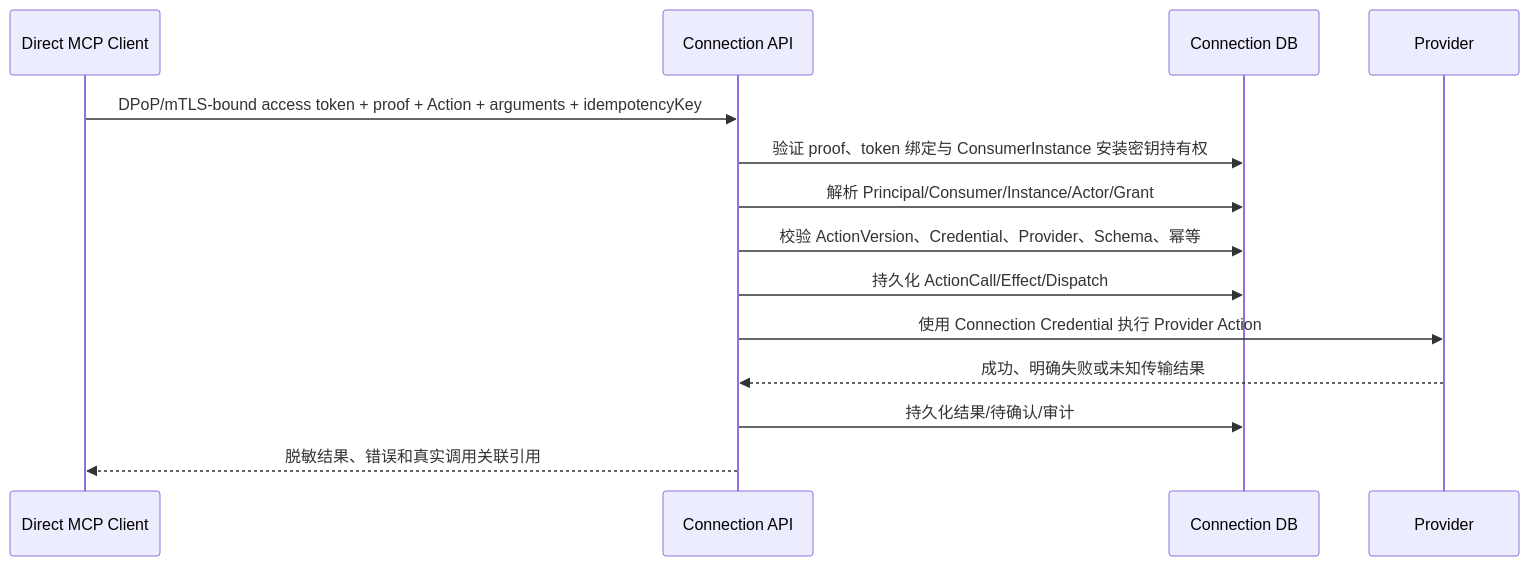
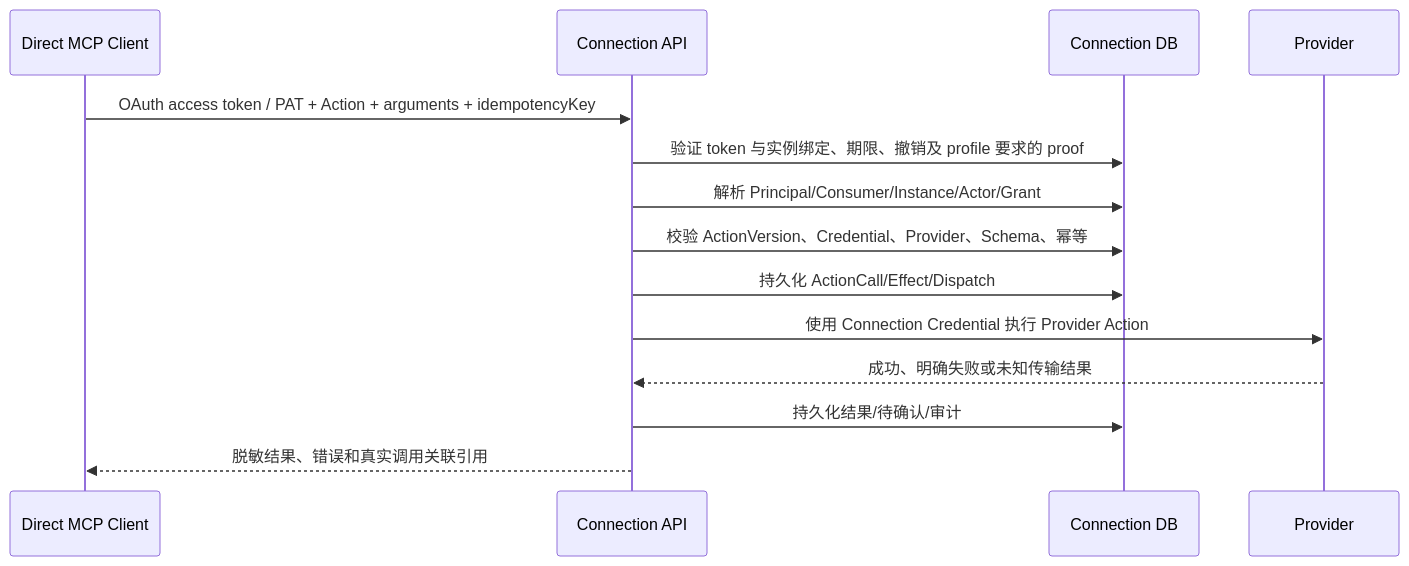
One commit to AgoraIO-Extensions/agent-infra changed the second of 2 diagrams in docs/architecture/HLD-connection-M1.md. Above: the diagram before and after it, drawn with Mermaid. The commit also changed other lines of this file and 5 other files, not shown here.

````diff
--- a/docs/architecture/HLD-connection-M1.md
+++ b/docs/architecture/HLD-connection-M1.md
@@ -89,17 +95,17 @@
 ```mermaid
 sequenceDiagram
     participant C as Direct MCP Client
     participant A as Connection API
     participant D as Connection DB
     participant P as Provider
 
-    C->>A: DPoP/mTLS-bound access token + proof + Action + arguments + idempotencyKey
-    A->>D: 验证 proof、token 绑定与 ConsumerInstance 安装密钥持有权
+    C->>A: OAuth access token / PAT + Action + arguments + idempotencyKey
+    A->>D: 验证 token 与实例绑定、期限、撤销及 profile 要求的 proof
     A->>D: 解析 Principal/Consumer/Instance/Actor/Grant
     A->>D: 校验 ActionVersion、Credential、Provider、Schema、幂等
     A->>D: 持久化 ActionCall/Effect/Dispatch
     A->>P: 使用 Connection Credential 执行 Provider Action
     P-->>A: 成功、明确失败或未知传输结果
     A->>D: 持久化结果/待确认/审计
     A-->>C: 脱敏结果、错误和真实调用关联引用
 ```
````
